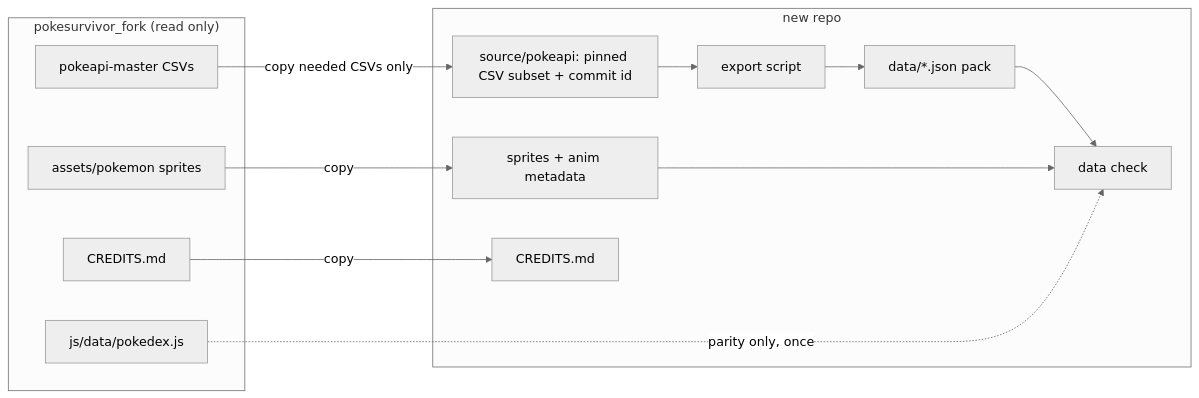
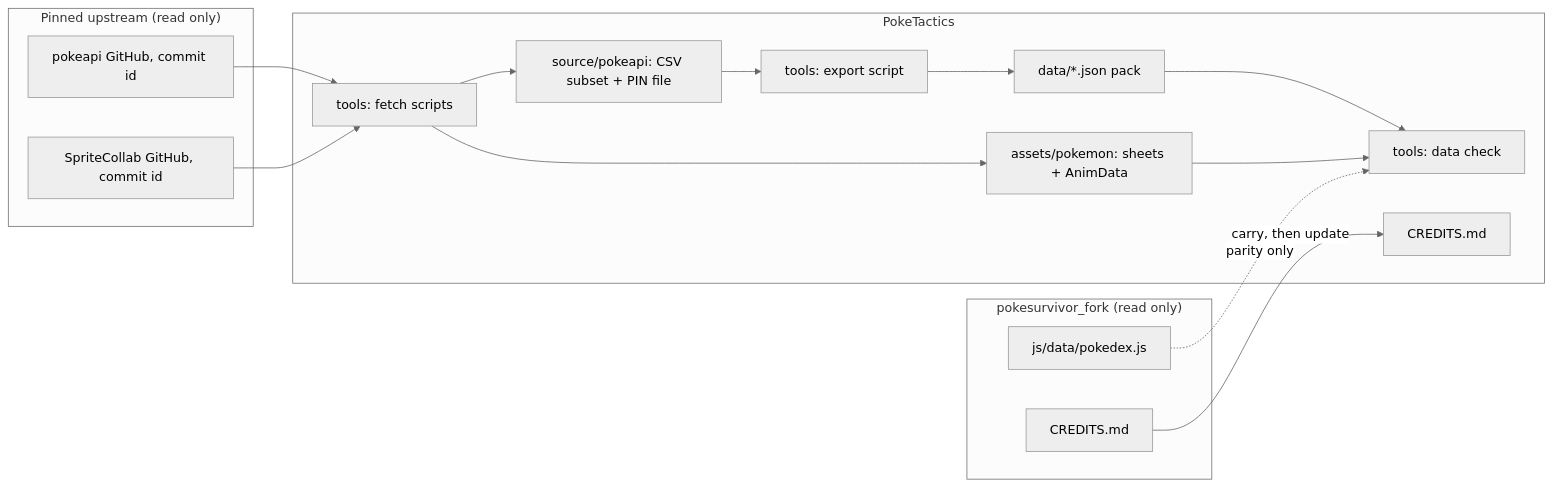
The first of 2 diagrams in docs/discussion-outputs/data-transfer-plan.md (Jess-Rivera/poketactics), drawn with Mermaid (neutral theme) before and after one commit. The commit also changed other lines of this file and 13 other files, not shown here.

Commit message:
pokeapi decisions: units, variants, learnsets, methods, source pin; offline wiki; Godot 4; LF via .gitattributes

````diff
--- a/docs/discussion-outputs/data-transfer-plan.md
+++ b/docs/discussion-outputs/data-transfer-plan.md
@@ -17,24 +30,26 @@
 ```mermaid
 flowchart LR
-  subgraph OLD["pokesurvivor_fork (read only)"]
-    P[pokeapi-master CSVs]
-    S[assets/pokemon sprites]
+  subgraph EXT["Pinned upstream (read only)"]
+    PA[pokeapi GitHub, commit id]
+    SC[SpriteCollab GitHub, commit id]
+  end
+  subgraph FORK["pokesurvivor_fork (read only)"]
+    D[js/data/pokedex.js]
     C[CREDITS.md]
-    D[js/data/pokedex.js]
   end
-  subgraph NEW["new repo"]
-    PIN[source/pokeapi: pinned CSV subset + commit id]
-    EXP[export script]
+  subgraph NEW["PokeTactics"]
+    PIN[source/pokeapi: CSV subset + PIN file]
+    FETCH[tools: fetch scripts]
+    EXP[tools: export script]
     PACK[data/*.json pack]
-    SPR[sprites + anim metadata]
+    SPR[assets/pokemon: sheets + AnimData]
     CR[CREDITS.md]
-    CHK[data check]
+    CHK[tools: data check]
   end
-  P -->|copy needed CSVs only| PIN
-  PIN --> EXP --> PACK
-  S -->|copy| SPR
-  C -->|copy| CR
+  PA --> FETCH --> PIN --> EXP --> PACK
+  SC --> FETCH --> SPR
+  C -->|carry, then update| CR
   PACK --> CHK
   SPR --> CHK
-  D -.->|parity only, once| CHK
+  D -.->|parity only| CHK
 ```
````
